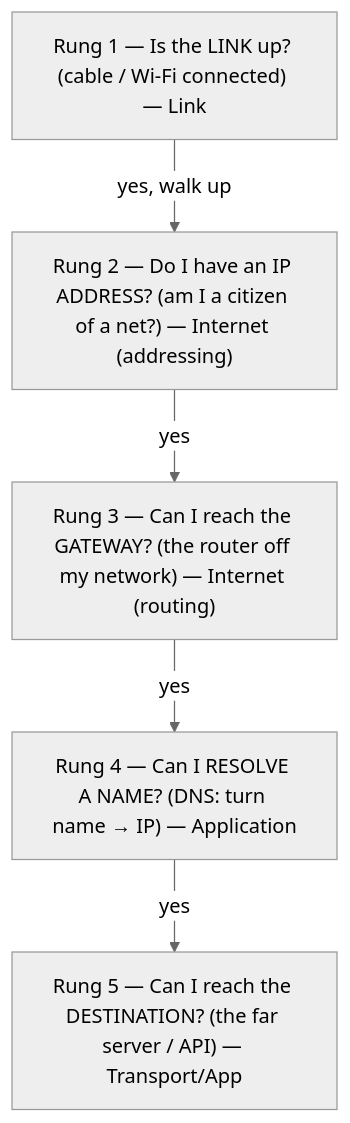
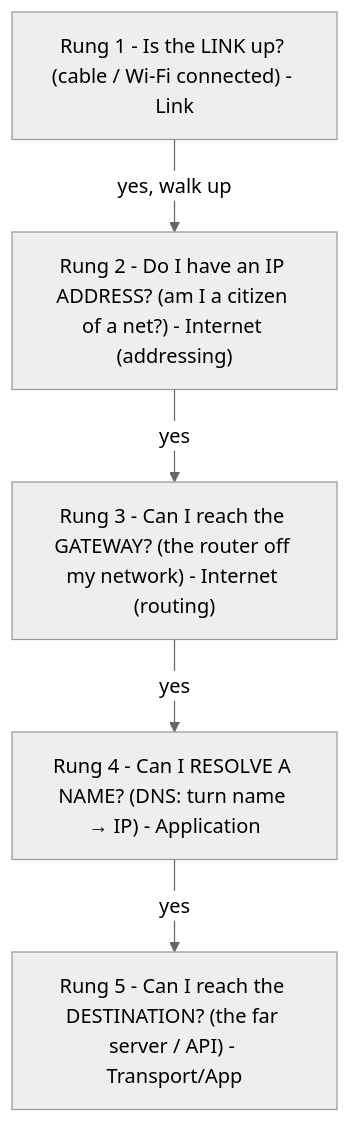
The diagram in guides/networking/troubleshooting-networks/01-work-up-the-layers.md (Topurrra/themissingmanual), drawn with Mermaid (neutral theme) before and after one commit. The commit also changed other lines of this file and 1072 other files, not shown here.

````diff
--- a/guides/networking/troubleshooting-networks/01-work-up-the-layers.md
+++ b/guides/networking/troubleshooting-networks/01-work-up-the-layers.md
@@ -36,9 +36,9 @@
 ```mermaid
 flowchart TD
-  r1["Rung 1 — Is the LINK up? (cable / Wi-Fi connected) — Link"]
-  r2["Rung 2 — Do I have an IP ADDRESS? (am I a citizen of a net?) — Internet (addressing)"]
-  r3["Rung 3 — Can I reach the GATEWAY? (the router off my network) — Internet (routing)"]
-  r4["Rung 4 — Can I RESOLVE A NAME? (DNS: turn name → IP) — Application"]
-  r5["Rung 5 — Can I reach the DESTINATION? (the far server / API) — Transport/App"]
+  r1["Rung 1 - Is the LINK up? (cable / Wi-Fi connected) - Link"]
+  r2["Rung 2 - Do I have an IP ADDRESS? (am I a citizen of a net?) - Internet (addressing)"]
+  r3["Rung 3 - Can I reach the GATEWAY? (the router off my network) - Internet (routing)"]
+  r4["Rung 4 - Can I RESOLVE A NAME? (DNS: turn name → IP) - Application"]
+  r5["Rung 5 - Can I reach the DESTINATION? (the far server / API) - Transport/App"]
   r1 -->|yes, walk up| r2 -->|yes| r3 -->|yes| r4 -->|yes| r5
 ```
````
